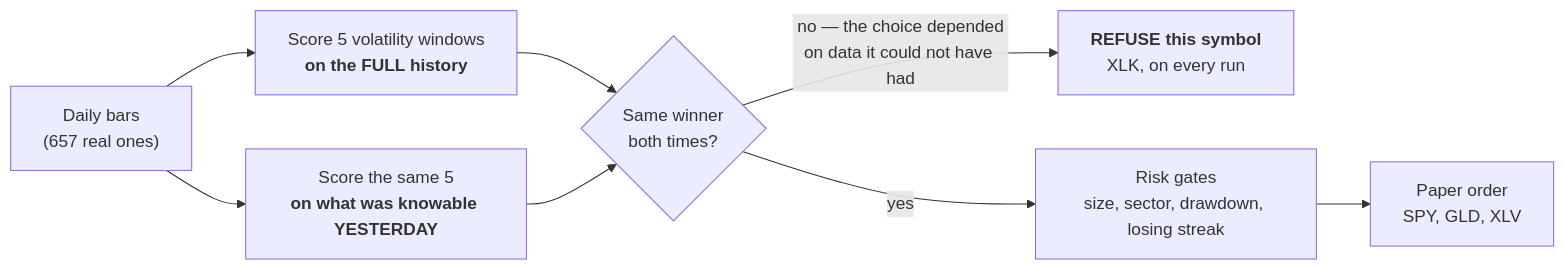
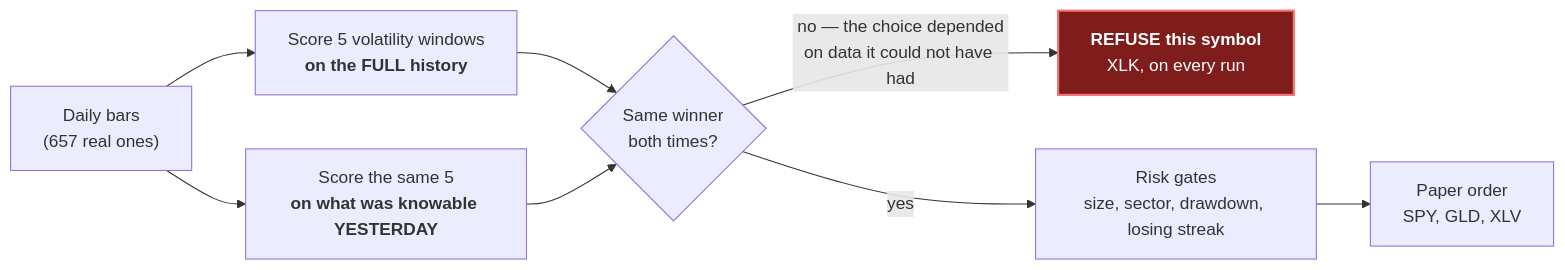
Before and after one commit to s-papy/hindsight-alpha: the diagram in README.md, drawn with Mermaid.

Commit message:
Dans le diagramme, le refus se ressemblait a tout le reste
Toutes les boites avaient le meme gris. Un lecteur presse suit la fleche
du bas et lit « ordre passe » -- alors que la phrase juste en dessous du
diagramme dit que le resultat a juger est celui de GAUCHE.

Une seule boite est mise en avant, et c est le refus. Couleurs posees en
dur (fond rouge sombre, texte blanc) plutot que par theme : GitHub rend
ce bloc en clair comme en sombre.

VERIFIE, pas suppose : le diagramme a ete rendu avec mermaid 11 dans un
navigateur avant et apres. Les deux fois « RENDU OK », SVG produit.

````diff
--- a/README.md
+++ b/README.md
@@ -28,10 +28,18 @@
 ```mermaid
 flowchart LR
     B["Daily bars<br/>(657 real ones)"] --> F["Score 5 volatility windows<br/><b>on the FULL history</b>"]
     B --> I["Score the same 5<br/><b>on what was knowable YESTERDAY</b>"]
     F --> C{"Same winner<br/>both times?"}
     I --> C
     C -- "no — the choice depended<br/>on data it could not have had" --> R["<b>REFUSE this symbol</b><br/>XLK, on every run"]
     C -- yes --> G["Risk gates<br/>size, sector, drawdown, losing streak"]
     G --> T["Paper order<br/>SPY, GLD, XLV"]
+
+    %% Une seule boite est mise en avant, et c'est le REFUS : dans un
+    %% diagramme ou toutes les cases se ressemblent, un lecteur presse suit
+    %% la fleche du bas et lit « ordre passe ». Or la these du dossier est
+    %% que le resultat a juger est celui de gauche. Couleurs posees en dur
+    %% plutot que par theme : GitHub rend ce bloc en clair ET en sombre.
+    classDef refus fill:#7f1d1d,stroke:#f87171,stroke-width:2px,color:#ffffff
+    class R refus
 ```
````
